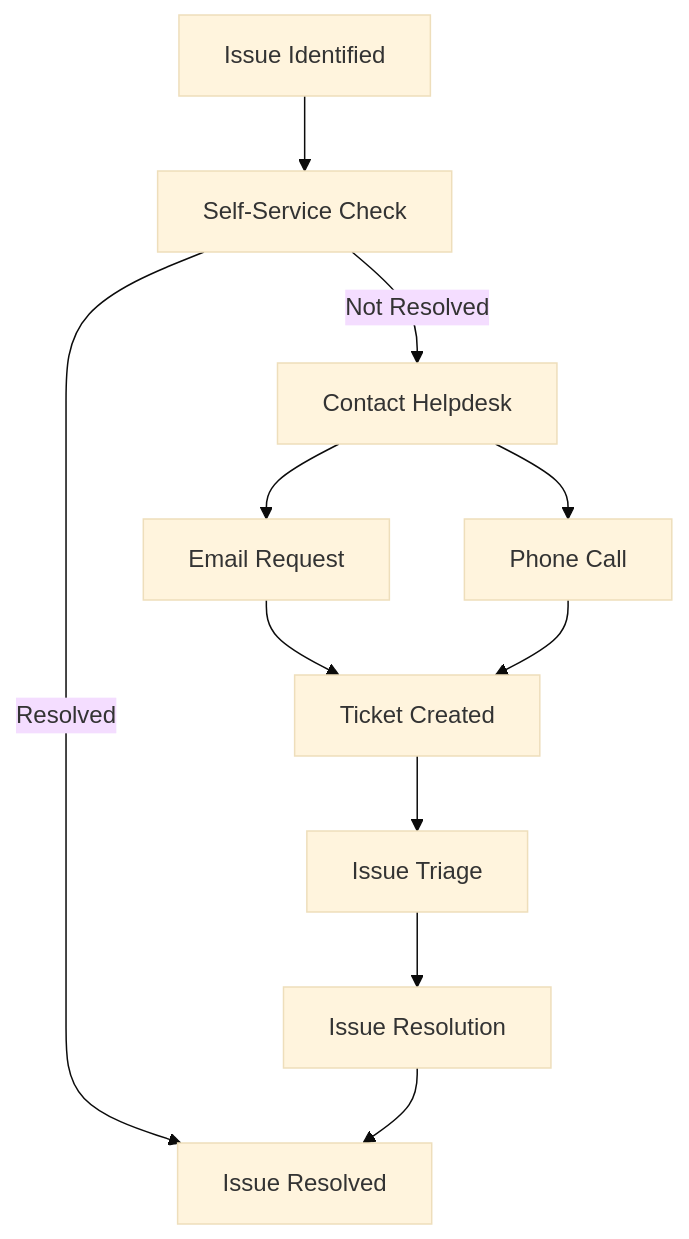
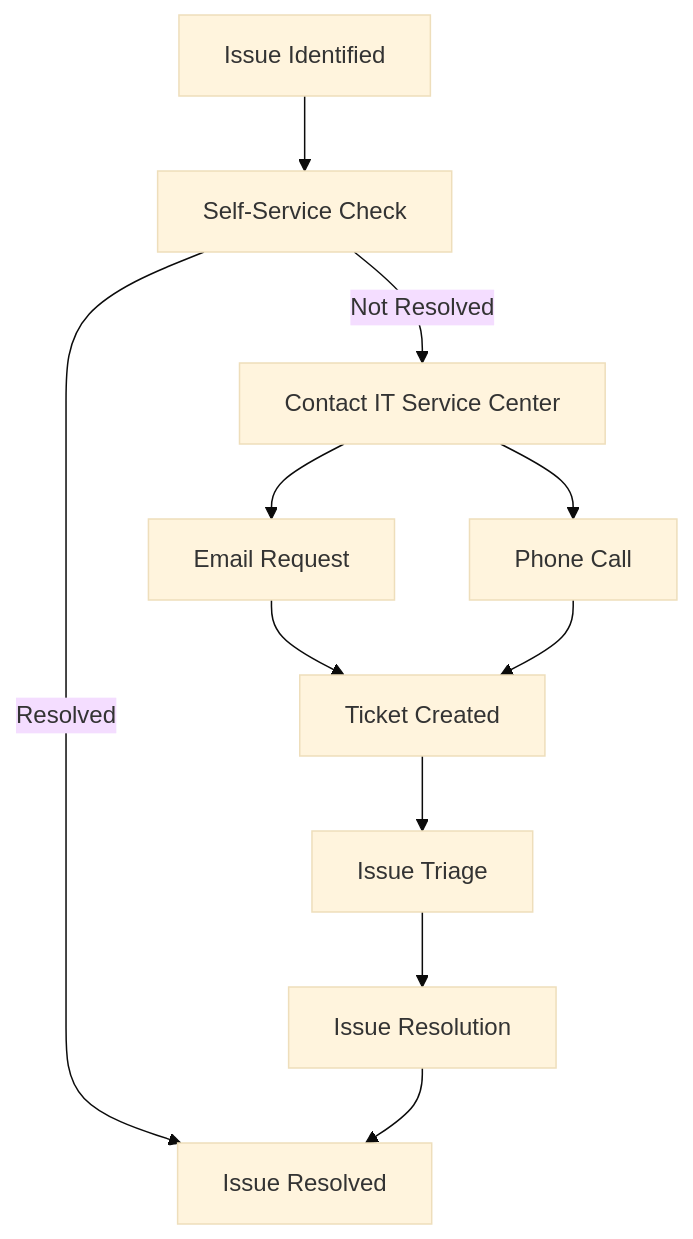
Before and after one commit to jtimo/tum-ito-admin-guide: the first of 3 diagrams in en/chapters/07-support-resources.qmd, drawn with Mermaid (base theme). The commit also changed other lines of this file and 21 other files, not shown here.

````diff
--- a/en/chapters/07-support-resources.qmd
+++ b/en/chapters/07-support-resources.qmd
@@ -20,18 +21,18 @@
 ```{mermaid}
 %%| fig-cap: "Support Request Workflow"
 flowchart TB
     Issue["Issue Identified"]
     Issue --> Self["Self-Service Check"]
     Self --> |Resolved| Done["Issue Resolved"]
-    Self --> |Not Resolved| Contact["Contact Helpdesk"]
+    Self --> |Not Resolved| Contact["Contact IT Service Center"]
 
     Contact --> Email["Email Request"]
     Contact --> Phone["Phone Call"]
 
     Email --> Ticket["Ticket Created"]
     Phone --> Ticket
 
     Ticket --> Triage["Issue Triage"]
     Triage --> Resolution["Issue Resolution"]
     Resolution --> Done
 ```
````
